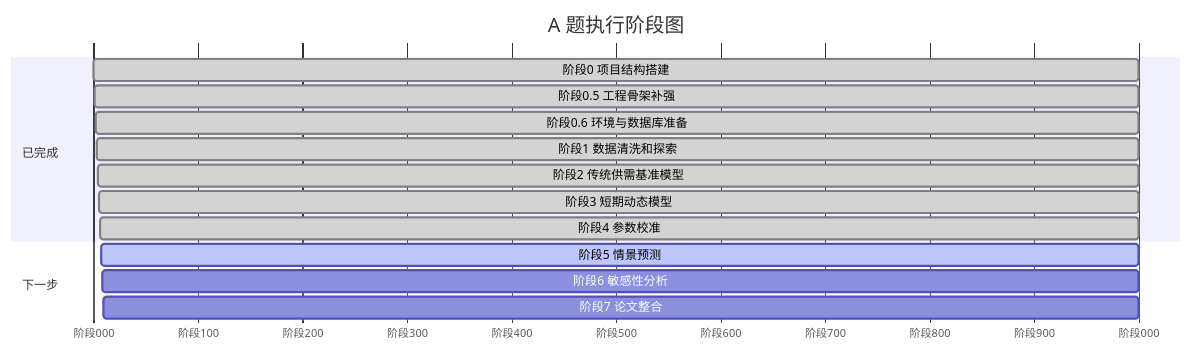
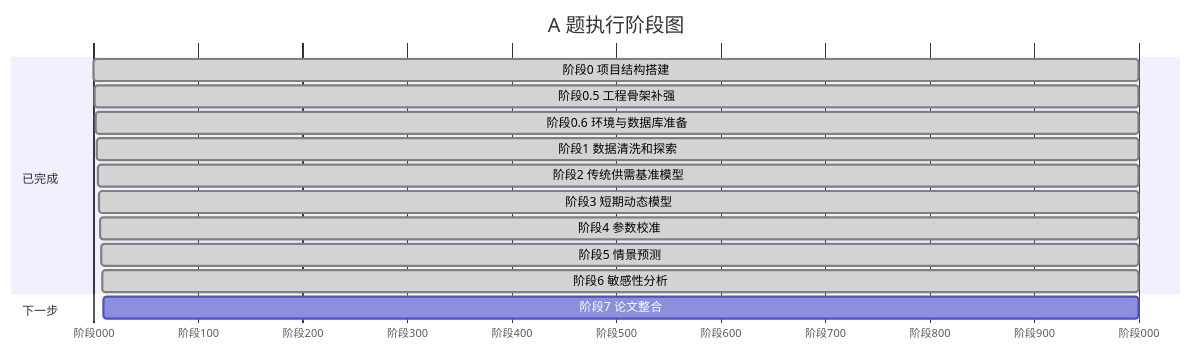
The diagram in docs/03_执行计划.md (Timcai06/-A-), drawn with Mermaid before and after one commit. The commit also changed other lines of this file and 13 other files, not shown here.

````diff
--- a/docs/03_执行计划.md
+++ b/docs/03_执行计划.md
@@ -7,18 +7,18 @@
 ```mermaid
 gantt
     title A 题执行阶段图
     dateFormat  X
     axisFormat  阶段%L
     section 已完成
     阶段0 项目结构搭建           :done, 0, 1
     阶段0.5 工程骨架补强         :done, 1, 1
     阶段0.6 环境与数据库准备     :done, 2, 1
     阶段1 数据清洗和探索         :done, 3, 1
     阶段2 传统供需基准模型       :done, 4, 1
     阶段3 短期动态模型           :done, 5, 1
     阶段4 参数校准               :done, 6, 1
+    阶段5 情景预测               :done, 7, 1
+    阶段6 敏感性分析             :done, 8, 1
     section 下一步
-    阶段5 情景预测               :active, 7, 1
-    阶段6 敏感性分析             :8, 1
     阶段7 论文整合               :9, 1
 ```
````
